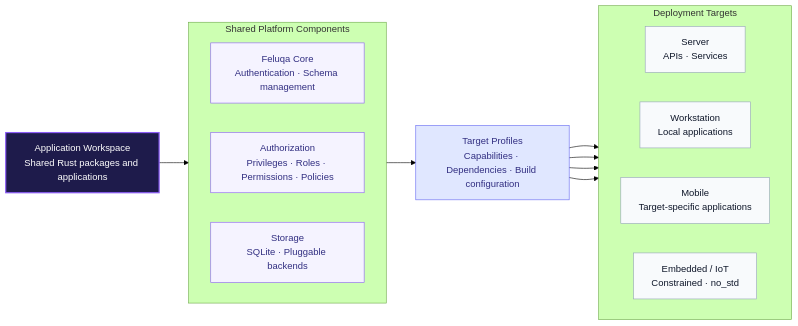
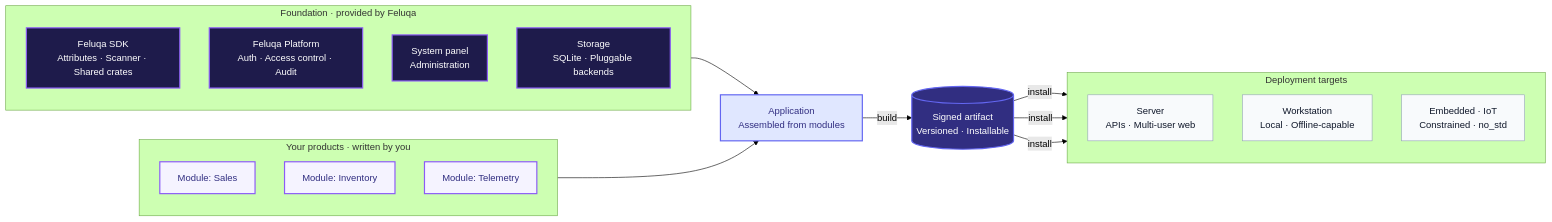
One commit to emyassine/base-feluka changed the diagram in docs/guides/first/01-welcome/01-introduction.en.md. Above: the diagram before and after it, drawn with Mermaid (forest theme). The commit also changed other lines of this file and 2 other files, not shown here.

````diff
--- a/docs/guides/first/01-welcome/01-introduction.en.md
+++ b/docs/guides/first/01-welcome/01-introduction.en.md
@@ -63,38 +116,46 @@
 ```mermaid
 flowchart LR
-    W["Application Workspace<br/>Shared Rust packages and applications"]
-
-    subgraph Platform["Shared Platform Components"]
-        direction LR
-        CORE["Feluqa Core<br/>Authentication · Schema management"]
-        AUTH["Authorization<br/>Privileges · Roles · Permissions · Policies"]
-        STORAGE["Storage<br/>SQLite · Pluggable backends"]
+    subgraph FOUNDATION["Foundation · provided by Feluqa"]
+        direction TB
+        SDK["Feluqa SDK<br/>Attributes · Scanner · Shared crates"]
+        PLAT["Feluqa Platform<br/>Auth · Access control · Audit"]
+        SYS["System panel<br/>Administration"]
+        STORE["Storage<br/>SQLite · Pluggable backends"]
     end
 
-    PROFILES["Target Profiles<br/>Capabilities · Dependencies · Build configuration"]
-
-    subgraph Targets["Deployment Targets"]
-        direction LR
-        SERVER["Server<br/>APIs · Services"]
-        DESKTOP["Workstation<br/>Local applications"]
-        MOBILE["Mobile<br/>Target-specific applications"]
-        IOT["Embedded / IoT<br/>Constrained · no_std"]
+    subgraph PRODUCTS["Your products · written by you"]
+        direction TB
+        M1["Module: Sales"]
+        M2["Module: Inventory"]
+        M3["Module: Telemetry"]
     end
 
-    W --> Platform
-    Platform --> PROFILES
-    PROFILES --> SERVER
-    PROFILES --> DESKTOP
-    PROFILES --> MOBILE
-    PROFILES --> IOT
+    APP["Application<br/>Assembled from modules"]
+    ART[("Signed artifact<br/>Versioned · Installable")]
 
-    classDef workspace fill:#1e1b4b,color:#ffffff,stroke:#8b5cf6,stroke-width:2px
-    classDef component fill:#f5f3ff,color:#312e81,stroke:#8b5cf6
-    classDef profile fill:#e0e7ff,color:#312e81,stroke:#6366f1
+    subgraph TARGETS["Deployment targets"]
+        direction TB
+        T1["Server<br/>APIs · Multi-user web"]
+        T2["Workstation<br/>Local · Offline-capable"]
+        T3["Embedded · IoT<br/>Constrained · no_std"]
+    end
+
+    FOUNDATION --> APP
+    PRODUCTS --> APP
+    APP -->|"build"| ART
+    ART -->|"install"| T1
+    ART -->|"install"| T2
+    ART -->|"install"| T3
+
+    classDef foundation fill:#1e1b4b,color:#ffffff,stroke:#8b5cf6,stroke-width:2px
+    classDef product fill:#f5f3ff,color:#312e81,stroke:#8b5cf6,stroke-width:2px
+    classDef app fill:#e0e7ff,color:#312e81,stroke:#6366f1,stroke-width:2px
+    classDef artifact fill:#312e81,color:#ffffff,stroke:#6366f1,stroke-width:2px
     classDef target fill:#f8fafc,color:#0f172a,stroke:#94a3b8
 
-    class W workspace
-    class CORE,AUTH,STORAGE component
-    class PROFILES profile
-    class SERVER,DESKTOP,MOBILE,IOT target
+    class SDK,PLAT,SYS,STORE foundation
+    class M1,M2,M3 product
+    class APP app
+    class ART artifact
+    class T1,T2,T3 target
 ```
````
